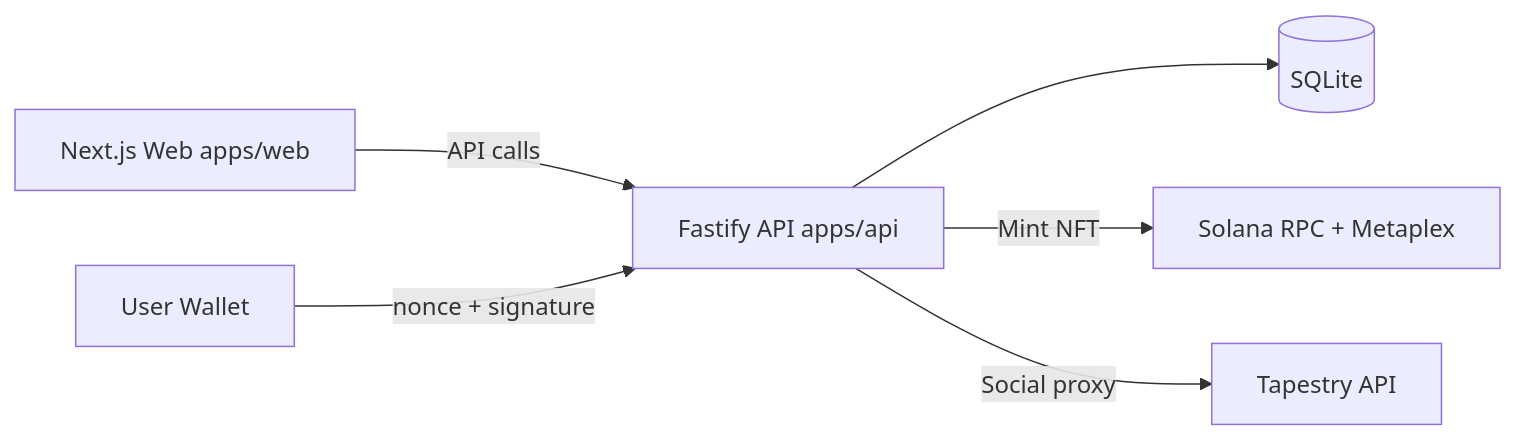
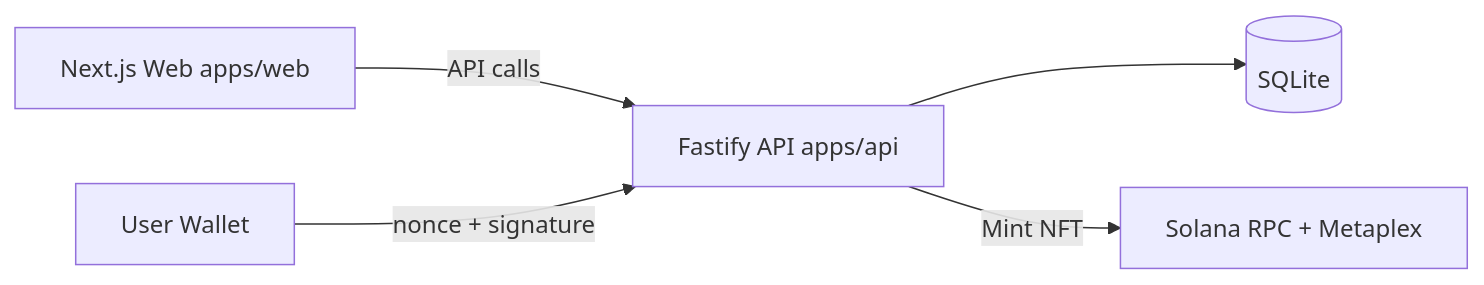
The first of 2 diagrams in README.md (femmudas/revivepass), drawn with Mermaid before and after one commit. The commit also changed other lines of this file and 14 other files, not shown here.

````diff
--- a/README.md
+++ b/README.md
@@ -43,8 +42,7 @@
 ```mermaid
 flowchart LR
   W[Next.js Web apps/web] -->|API calls| A[Fastify API apps/api]
   A --> D[(SQLite)]
   U[User Wallet] -->|nonce + signature| A
   A -->|Mint NFT| S[Solana RPC + Metaplex]
-  A -->|Social proxy| T[Tapestry API]
 ```
````
